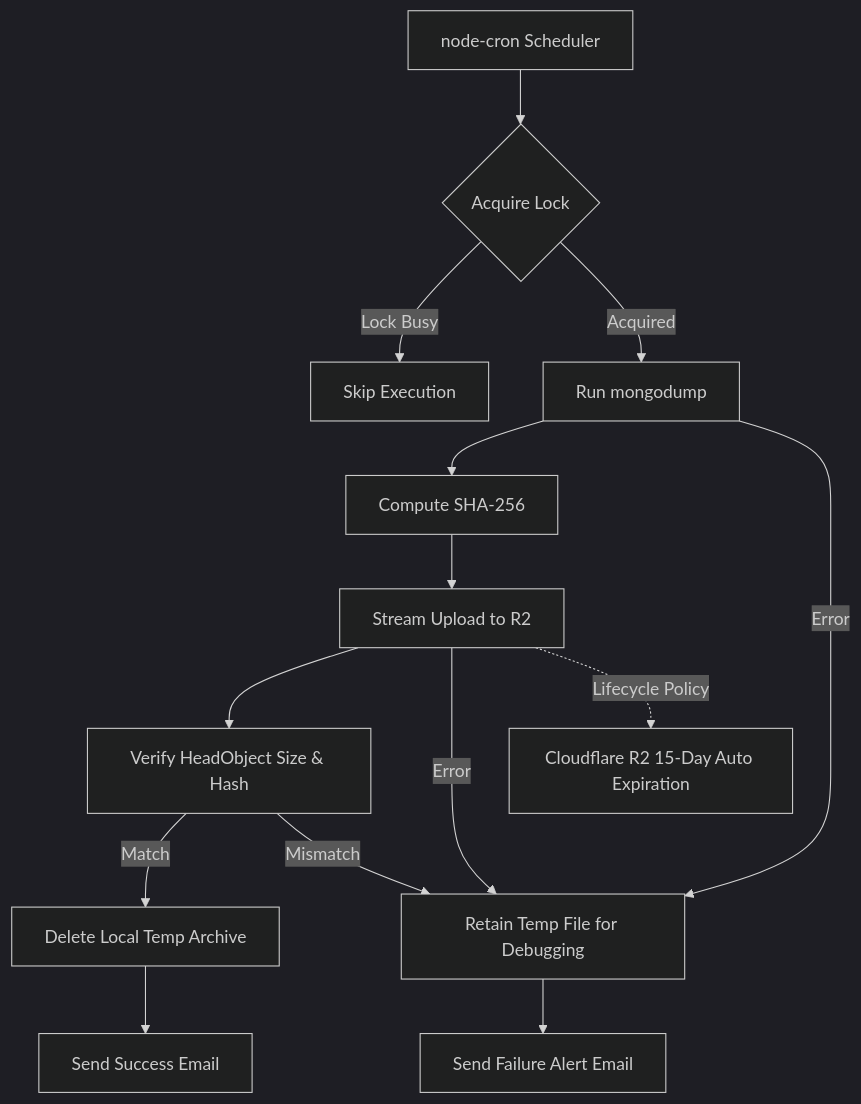
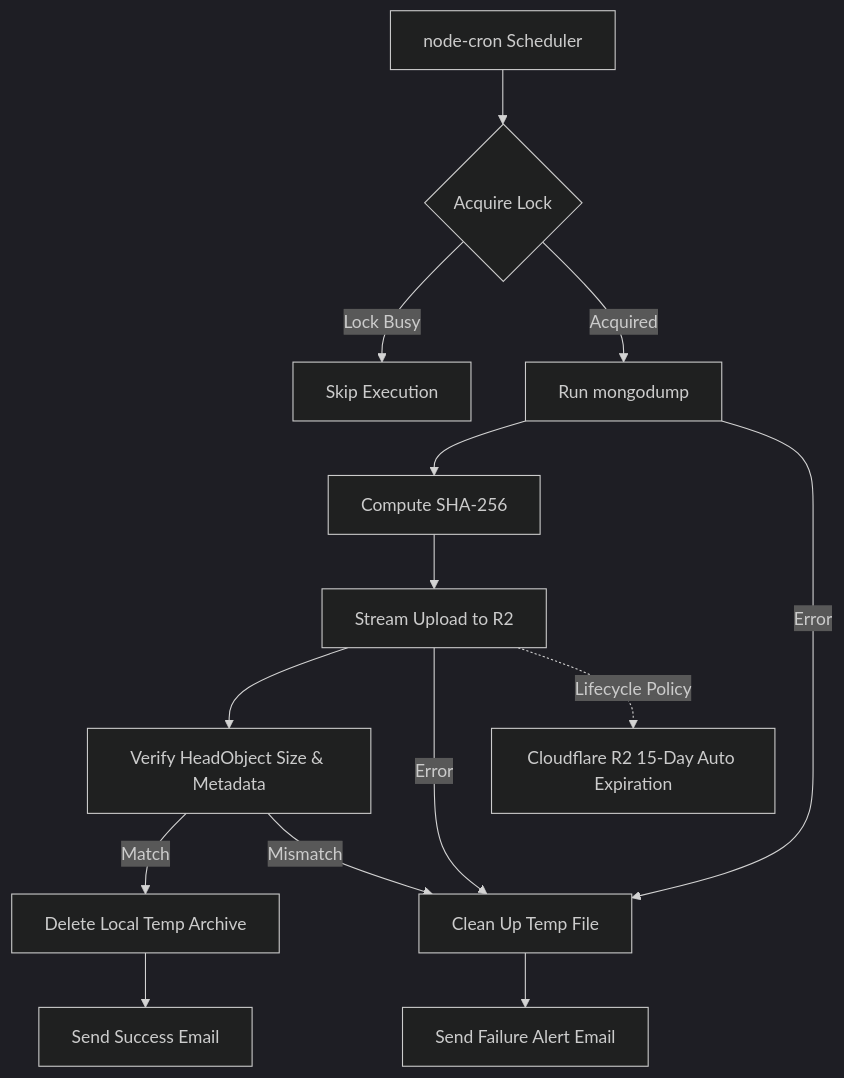
One commit to bhatbazik/mongodb-backup-service changed the diagram in README.md. Above: the diagram before and after it, drawn with Mermaid (dark theme). The commit also changed other lines of this file and 4 other files, not shown here.

````diff
--- a/README.md
+++ b/README.md
@@ -11,18 +9,18 @@
 ```mermaid
 flowchart TD
     Cron[node-cron Scheduler] --> Lock{Acquire Lock}
     Lock -- Lock Busy --> Skip[Skip Execution]
     Lock -- Acquired --> Dump[Run mongodump]
     Dump --> SHA256[Compute SHA-256]
     SHA256 --> Upload[Stream Upload to R2]
-    Upload --> Verify[Verify HeadObject Size & Hash]
+    Upload --> Verify[Verify HeadObject Size & Metadata]
     Verify -- Match --> Cleanup[Delete Local Temp Archive]
     Cleanup --> EmailSuccess[Send Success Email]
     
-    Dump -- Error --> Fail[Retain Temp File for Debugging]
+    Dump -- Error --> Fail[Clean Up Temp File]
     Upload -- Error --> Fail
     Verify -- Mismatch --> Fail
     Fail --> EmailFail[Send Failure Alert Email]
 
     Upload -. Lifecycle Policy .-> R2Retention[Cloudflare R2 15-Day Auto Expiration]
 ```
````
